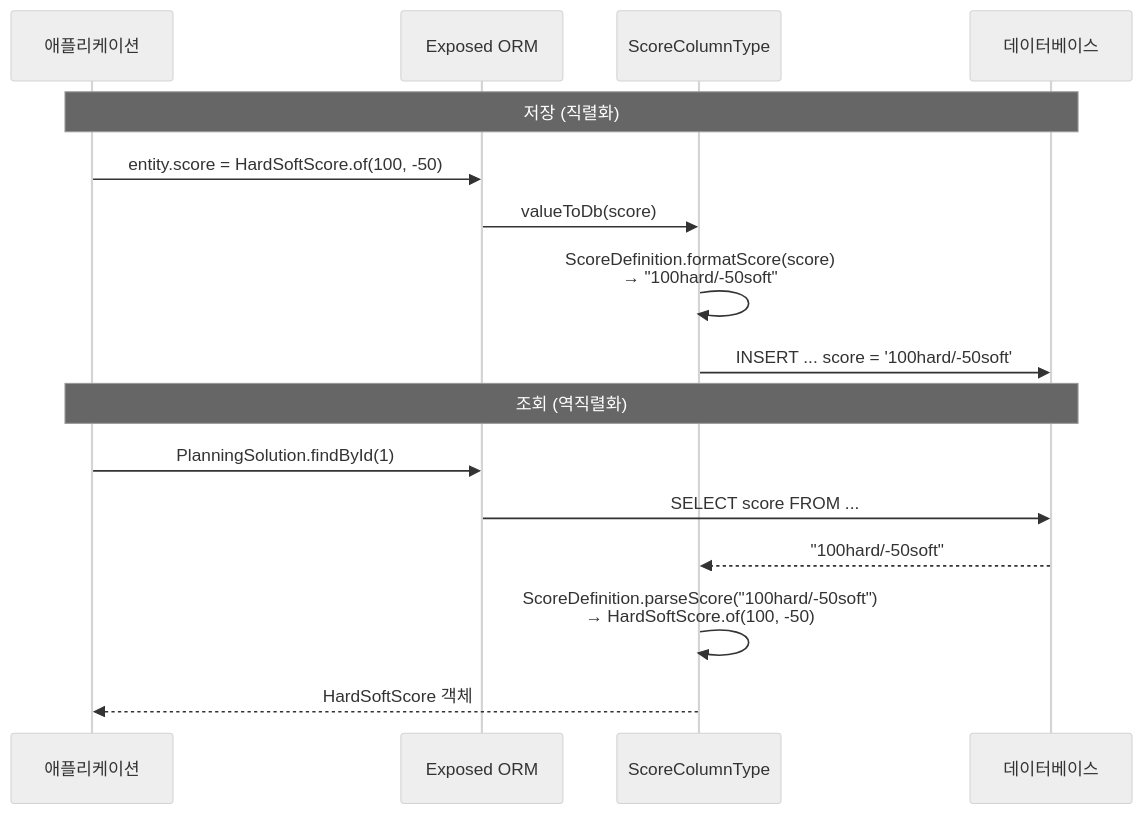
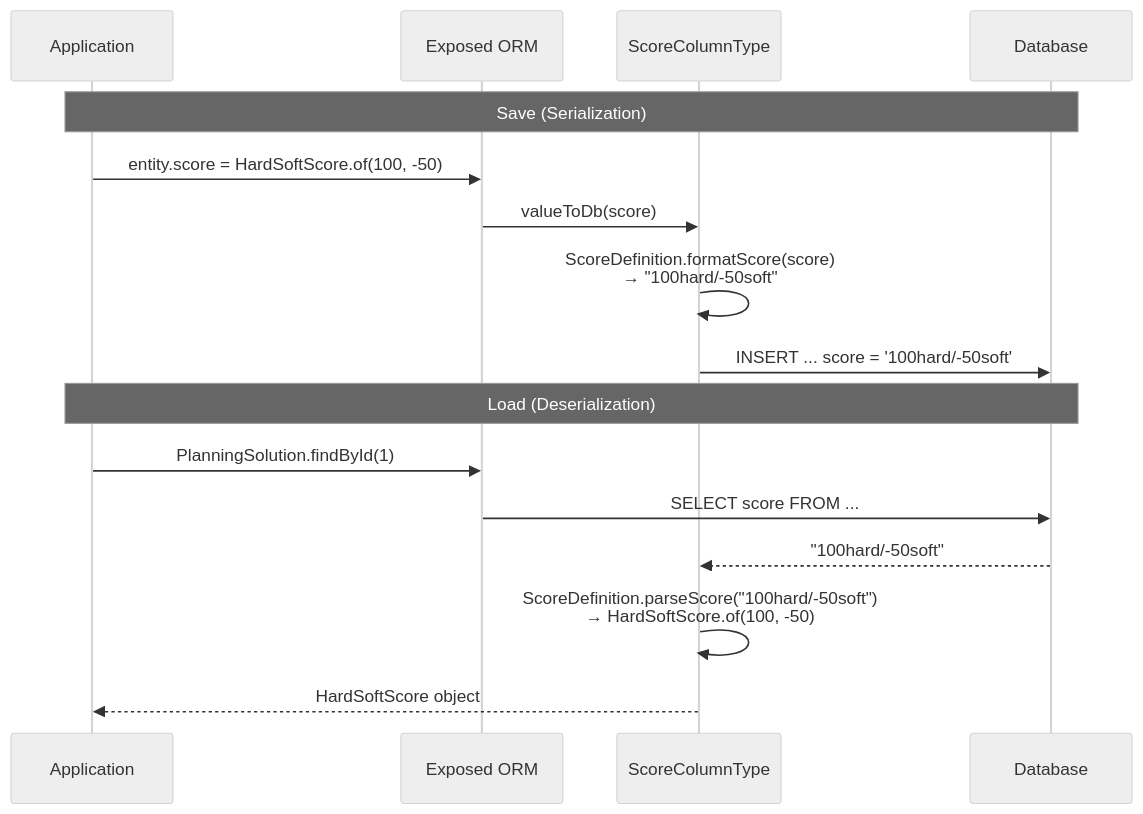
One commit to bluetape4k/bluetape4k-projects changed the third of 3 diagrams in timefold/solver-persistence-exposed/README.md. Above: the diagram before and after it, drawn with Mermaid (neutral theme). The commit also changed other lines of this file and 265 other files, not shown here.

````diff
--- a/timefold/solver-persistence-exposed/README.md
+++ b/timefold/solver-persistence-exposed/README.md
@@ -349,20 +351,20 @@
 ```mermaid
 sequenceDiagram
-    participant APP as 애플리케이션
+    participant APP as Application
     participant EXP as Exposed ORM
     participant CT as ScoreColumnType
-    participant DB as 데이터베이스
+    participant DB as Database
 
-    Note over APP,DB: 저장 (직렬화)
+    Note over APP,DB: Save (Serialization)
     APP->>EXP: entity.score = HardSoftScore.of(100, -50)
     EXP->>CT: valueToDb(score)
     CT->>CT: ScoreDefinition.formatScore(score)<br/>→ "100hard/-50soft"
     CT->>DB: INSERT ... score = '100hard/-50soft'
 
-    Note over APP,DB: 조회 (역직렬화)
+    Note over APP,DB: Load (Deserialization)
     APP->>EXP: PlanningSolution.findById(1)
     EXP->>DB: SELECT score FROM ...
     DB-->>CT: "100hard/-50soft"
     CT->>CT: ScoreDefinition.parseScore("100hard/-50soft")<br/>→ HardSoftScore.of(100, -50)
-    CT-->>APP: HardSoftScore 객체
+    CT-->>APP: HardSoftScore object
 ```
````
